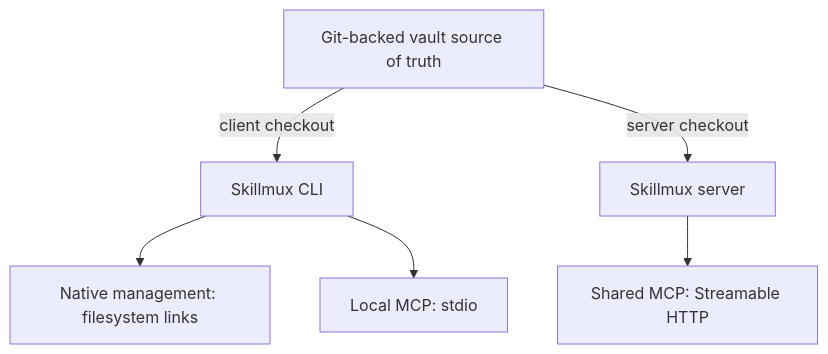
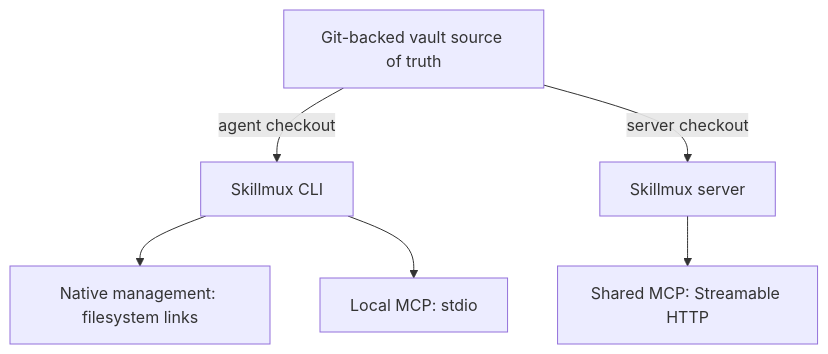
The diagram in docs/concepts.md (klhq/skillmux), drawn with Mermaid before and after one commit. The commit also changed other lines of this file and 21 other files, not shown here.

````diff
--- a/docs/concepts.md
+++ b/docs/concepts.md
@@ -66,9 +66,9 @@
 ```mermaid
 flowchart TD
     V[Git-backed vault source of truth]
-    V -->|client checkout| CLI[Skillmux CLI]
+    V -->|agent checkout| CLI[Skillmux CLI]
     V -->|server checkout| SRV[Skillmux server]
     CLI --> NM[Native management: filesystem links]
     CLI --> LM[Local MCP: stdio]
     SRV --> SM[Shared MCP: Streamable HTTP]
 ```
````
